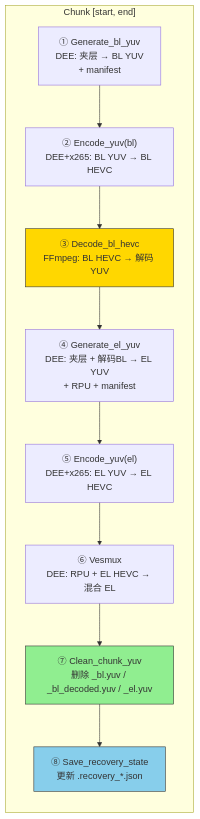
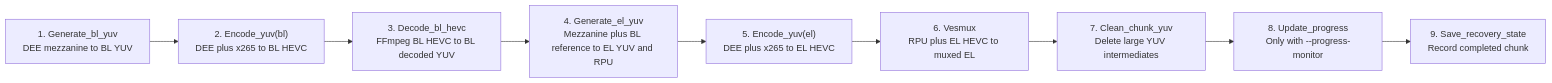
One commit to LumaVistaLab/DEE_Workflow changed the second of 4 diagrams in README.md. Above: the diagram before and after it, drawn with Mermaid. The commit also changed other lines of this file and 50 other files, not shown here.

````diff
--- a/README.md
+++ b/README.md
@@ -94,21 +142,11 @@
 ```mermaid
 flowchart LR
-    subgraph Chunk["Chunk [start, end]"]
-        direction TB
-        S1["① Generate_bl_yuv\nDEE: 夹层 → BL YUV\n+ manifest"]
-        S2["② Encode_yuv(bl)\nDEE+x265: BL YUV → BL HEVC"]
-        S3["③ Decode_bl_hevc\nFFmpeg: BL HEVC → 解码 YUV"]
-        S4["④ Generate_el_yuv\nDEE: 夹层 + 解码BL → EL YUV\n+ RPU + manifest"]
-        S5["⑤ Encode_yuv(el)\nDEE+x265: EL YUV → EL HEVC"]
-        S6["⑥ Vesmux\nDEE: RPU + EL HEVC → 混合 EL"]
-        S7["⑦ Clean_chunk_yuv\n删除 _bl.yuv / _bl_decoded.yuv / _el.yuv"]
-
-        S8["⑧ Save_recovery_state\n更新 .recovery_*.json"]
-
-        S1 --> S2 --> S3 --> S4 --> S5 --> S6 --> S7 --> S8
-    end
-
-    style S3 fill:#ffd700,stroke:#333
-    style S7 fill:#90ee90,stroke:#333
-    style S8 fill:#87ceeb,stroke:#333
+    S1["1. Generate_bl_yuv<br/>DEE mezzanine to BL YUV"] --> S2["2. Encode_yuv(bl)<br/>DEE plus x265 to BL HEVC"]
+    S2 --> S3["3. Decode_bl_hevc<br/>FFmpeg BL HEVC to BL decoded YUV"]
+    S3 --> S4["4. Generate_el_yuv<br/>Mezzanine plus BL reference to EL YUV and RPU"]
+    S4 --> S5["5. Encode_yuv(el)<br/>DEE plus x265 to EL HEVC"]
+    S5 --> S6["6. Vesmux<br/>RPU plus EL HEVC to muxed EL"]
+    S6 --> S7["7. Clean_chunk_yuv<br/>Delete large YUV intermediates"]
+    S7 --> S8["8. Update_progress<br/>Only with --progress-monitor"]
+    S8 --> S9["9. Save_recovery_state<br/>Record completed chunk"]
 ```
````
